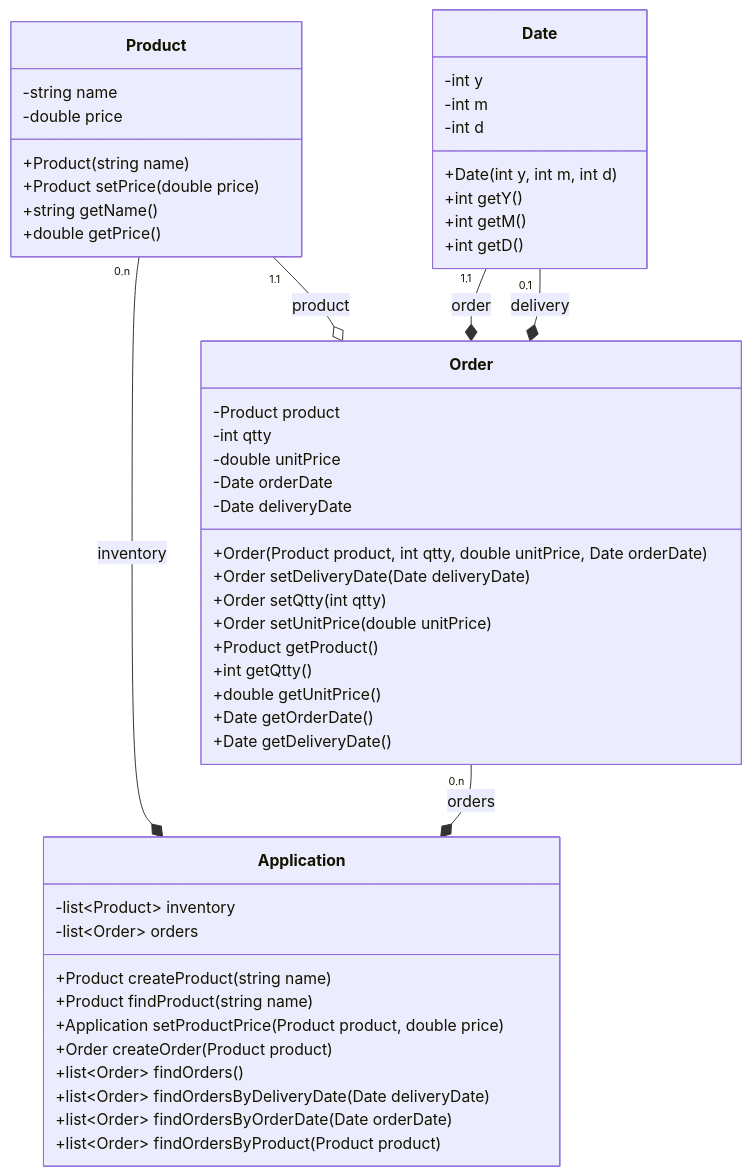
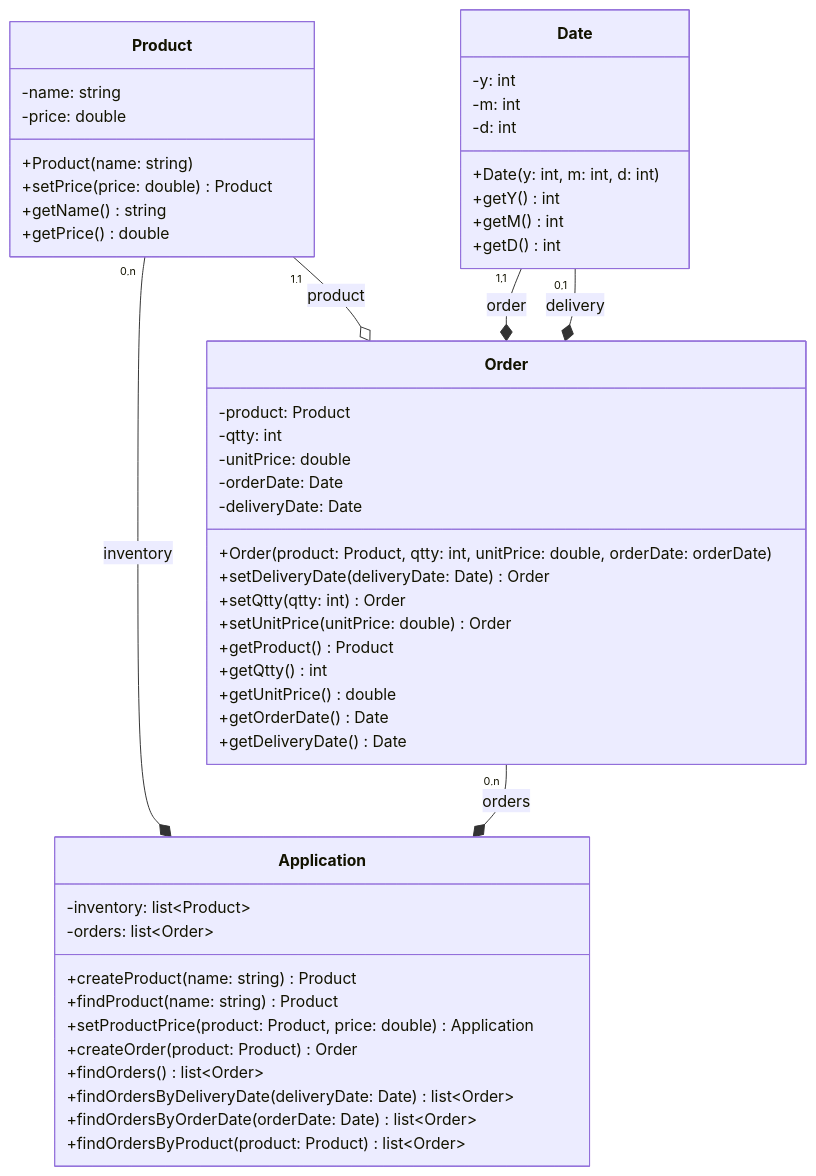
Before and after one commit to esirem-chassel/3aa-progadv: the third of 9 diagrams in Activités/act2-uml-basics.md, drawn with Mermaid. The commit also changed other lines of this file, not shown here.

````diff
--- a/Activités/act2-uml-basics.md
+++ b/Activités/act2-uml-basics.md
@@ -91,57 +91,57 @@
 ```mermaid
 classDiagram
   class Product {
-    -string name
-    -double price
-    +Product(string name)
-    +Product setPrice(double price)
-    +string getName()
-    +double getPrice()
+    -name: string
+    -price: double
+    +Product(name: string)
+    +setPrice(price: double) Product
+    +getName() string
+    +getPrice() double
   }
 
   class Date {
-    -int y
-    -int m
-    -int d
-    +Date(int y, int m, int d)
-    +int getY()
-    +int getM()
-    +int getD()
+    -y: int
+    -m: int
+    -d: int
+    +Date(y: int, m: int, d: int)
+    +getY() int
+    +getM() int
+    +getD() int
   }
 
   class Order {
-    -Product product
-    -int qtty
-    -double unitPrice
-    -Date orderDate
-    -Date deliveryDate
-    +Order(Product product, int qtty, double unitPrice, Date orderDate)
-    +Order setDeliveryDate(Date deliveryDate)
-    +Order setQtty(int qtty)
-    +Order setUnitPrice(double unitPrice)
-    +Product getProduct()
-    +int getQtty()
-    +double getUnitPrice()
-    +Date getOrderDate()
-    +Date getDeliveryDate()
+    -product: Product
+    -qtty: int
+    -unitPrice: double
+    -orderDate: Date
+    -deliveryDate: Date
+    +Order(product: Product, qtty: int, unitPrice: double, orderDate: orderDate)
+    +setDeliveryDate(deliveryDate: Date) Order
+    +setQtty(qtty: int) Order
+    +setUnitPrice(unitPrice: double) Order
+    +getProduct() Product
+    +getQtty() int
+    +getUnitPrice() double
+    +getOrderDate() Date
+    +getDeliveryDate() Date
   }
 
   class Application {
-    -list~Product~ inventory
-    -list~Order~ orders
-    +Product createProduct(string name)
-    +Product findProduct(string name)
-    +Application setProductPrice(Product product, double price)
-    +Order createOrder(Product product)
-    +list~Order~ findOrders()
-    +list~Order~ findOrdersByDeliveryDate(Date deliveryDate)
-    +list~Order~ findOrdersByOrderDate(Date orderDate)
-    +list~Order~ findOrdersByProduct(Product product)
+    -inventory: list~Product~
+    -orders: list~Order~
+    +createProduct(name: string) Product
+    +findProduct(name: string) Product
+    +setProductPrice(product: Product, price: double) Application
+    +createOrder(product: Product) Order
+    +findOrders() list~Order~
+    +findOrdersByDeliveryDate(deliveryDate: Date) list~Order~
+    +findOrdersByOrderDate(orderDate: Date) list~Order~
+    +findOrdersByProduct(product: Product) list~Order~
   }
 
   Product "0,n" --* Application : inventory
   Product "1,1" --o Order : product
   Date "1,1" --* Order : order
   Date "0,1" --* Order : delivery
   Order "0,n" --* Application : orders
 ```
````
